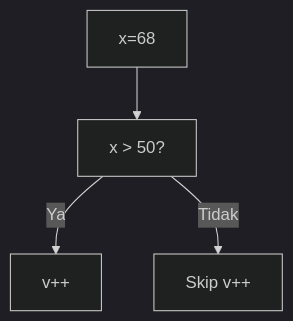
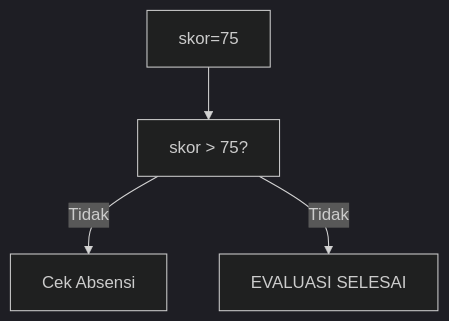
One commit to amnahwaida/OSNK_INF_PREP changed the fifth of 25 diagrams in part-c-pemahaman-cpp/02-percabangan/latihan/set-03.md. Above: the diagram before and after it, drawn with Mermaid (dark theme). The commit also changed other lines of this file and 71 other files, not shown here.

````diff
--- a/part-c-pemahaman-cpp/02-percabangan/latihan/set-03.md
+++ b/part-c-pemahaman-cpp/02-percabangan/latihan/set-03.md
@@ -134,6 +140,6 @@
 ```mermaid
 graph TD
-A["x=68"] --> B["x > 50?"]
-B -- Ya --> C["v++"]
-B -- Tidak --> D["Skip v++"]
+A["skor=75"] --> B["skor > 75?"]
+B -- Tidak --> C["Cek Absensi"]
+B -- Tidak --> D["EVALUASI SELESAI"]
 ```
````
